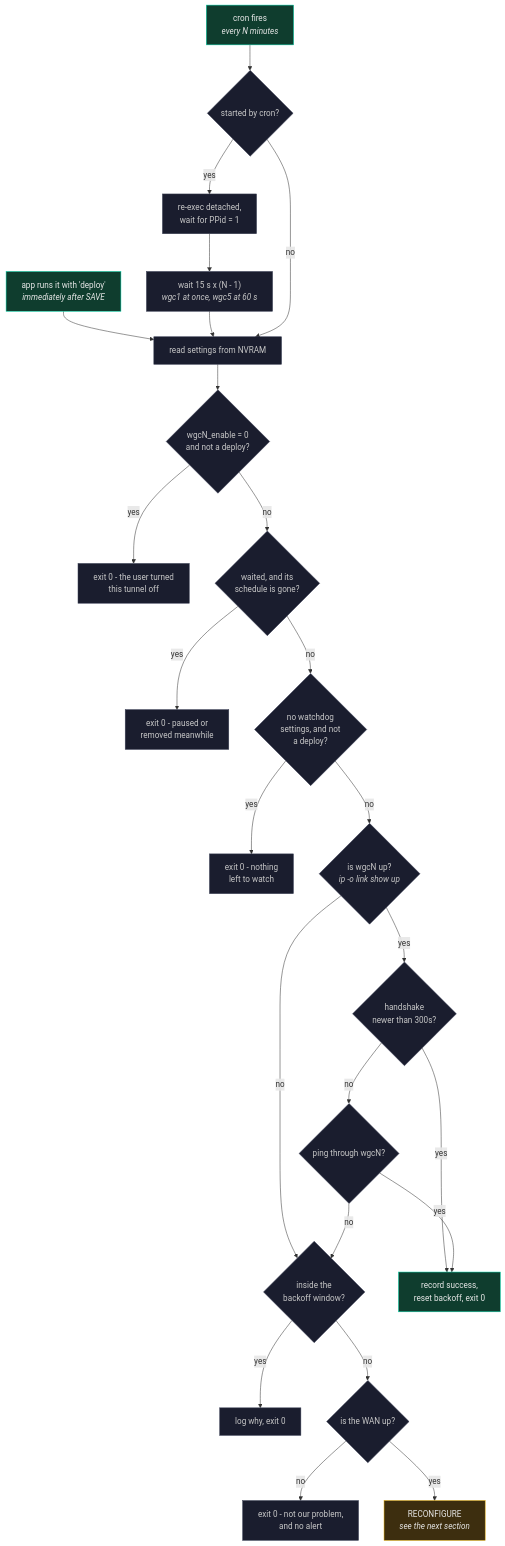
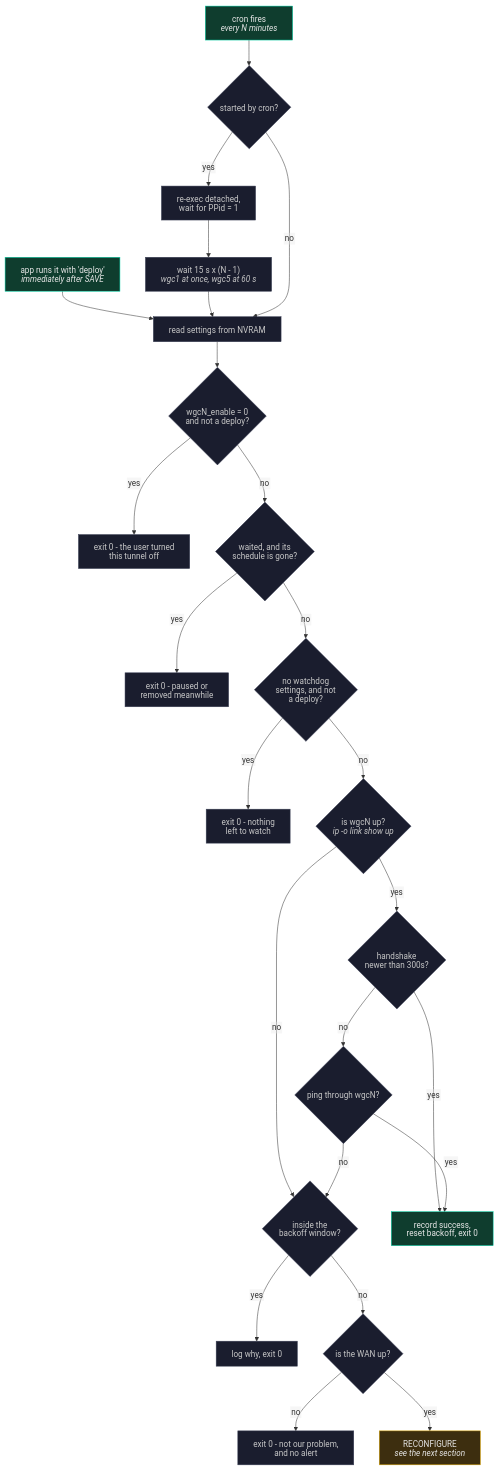
One commit to ExponentiallyDigital/cfg-pia-wg changed diagram 11 of 13 in ARCHITECTURE.md. Above: the diagram before and after it, drawn with Mermaid. The commit also changed other lines of this file and 5 other files, not shown here.

Commit message:
v0.8.188 build 558 - Mermaid labels drawn as SVG text so they aren't clipped on Android, and README test figures updated

````diff
--- a/ARCHITECTURE.md
+++ b/ARCHITECTURE.md
@@ -1575,41 +1591,47 @@
 ```mermaid
+%%{init: {"htmlLabels": false, "flowchart": {"wrappingWidth": 400}}}%%
 flowchart TD
-    CRON["cron fires<br/><i>every N minutes</i>"] --> DETACH
-    DEPLOY["app runs it with 'deploy'<br/><i>immediately after SAVE</i>"] --> LOAD
+    CRON["`cron fires
+*every N minutes*`"] --> DETACH
+    DEPLOY["`app runs it with 'deploy'
+*immediately after SAVE*`"] --> LOAD
 
     DETACH{"started by cron?"}
     DETACH -->|yes| REEXEC["re-exec detached,<br/>wait for PPid = 1"]
-    REEXEC --> STAGGER["wait 15 s x (N - 1)<br/><i>wgc1 at once, wgc5 at 60 s</i>"]
+    REEXEC --> STAGGER["`wait 15 s x (N - 1)
+*wgc1 at once, wgc5 at 60 s*`"]
     STAGGER --> LOAD
     DETACH -->|no| LOAD
 
     LOAD["read settings from NVRAM"] --> ENABLED{"wgcN_enable = 0<br/>and not a deploy?"}
     ENABLED -->|yes| STOP1["exit 0 - the user turned<br/>this tunnel off"]
     ENABLED -->|no| WAITED{"waited, and its<br/>schedule is gone?"}
     WAITED -->|yes| STOP4["exit 0 - paused or<br/>removed meanwhile"]
     WAITED -->|no| SETS{"no watchdog<br/>settings, and not<br/>a deploy?"}
     SETS -->|yes| STOP5["exit 0 - nothing<br/>left to watch"]
     SETS -->|no| IFACE
 
-    IFACE{"is wgcN up?<br/><i>ip -o link show up</i>"}
+    IFACE{"`is wgcN up?
+*ip -o link show up*`"}
     IFACE -->|no| BACKOFF
     IFACE -->|yes| HS{"handshake<br/>newer than 300s?"}
     HS -->|yes| OK["record success,<br/>reset backoff, exit 0"]
     HS -->|no| PING{"ping through wgcN?"}
     PING -->|yes| OK
     PING -->|no| BACKOFF
 
     BACKOFF{"inside the<br/>backoff window?"}
     BACKOFF -->|yes| STOP2["log why, exit 0"]
     BACKOFF -->|no| WAN{"is the WAN up?"}
     WAN -->|no| STOP3["exit 0 - not our problem,<br/>and no alert"]
-    WAN -->|yes| RECONF["RECONFIGURE<br/><i>see the next section</i>"]
+    WAN -->|yes| RECONF["`RECONFIGURE
+*see the next section*`"]
 
     classDef go fill:#0F3D2E,stroke:#00D4AA,color:#E8E8E8
     classDef bad fill:#3D1A1A,stroke:#E05252,color:#E8E8E8
     classDef work fill:#3D2E0F,stroke:#E0A800,color:#E8E8E8
     classDef step fill:#1A1D2E,stroke:#3A3F55,color:#C8C8C8
     class CRON,DEPLOY,OK go
     class STOP1,STOP2,STOP3,STOP4,STOP5,DETACH,REEXEC,STAGGER,LOAD,ENABLED,WAITED,SETS,IFACE,HS,PING,BACKOFF,WAN step
     class RECONF work
 ```
````
